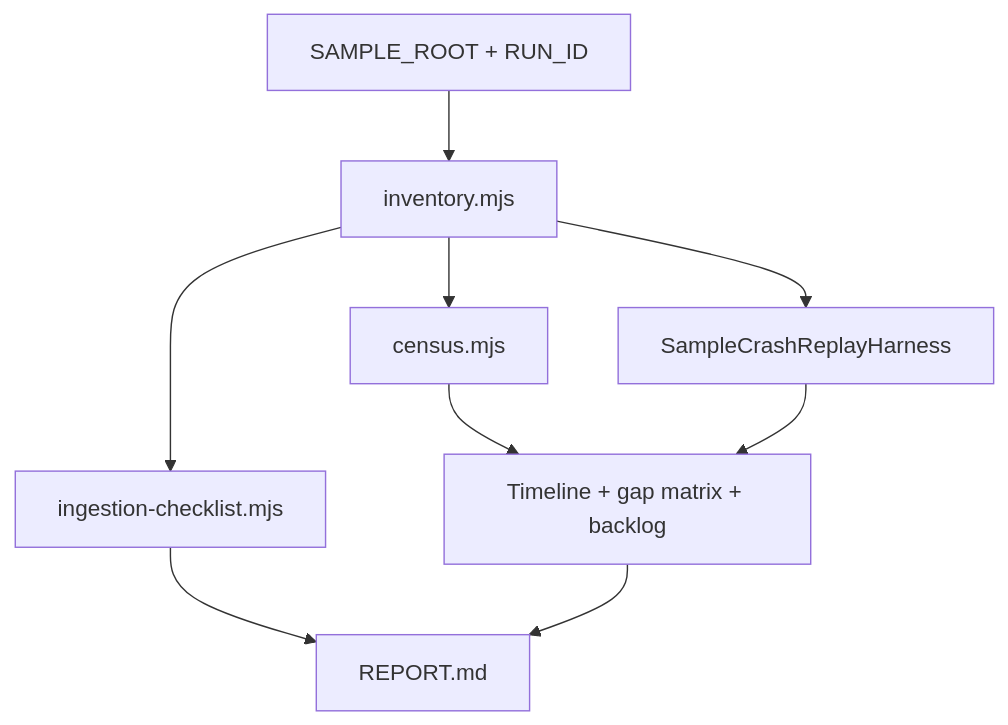
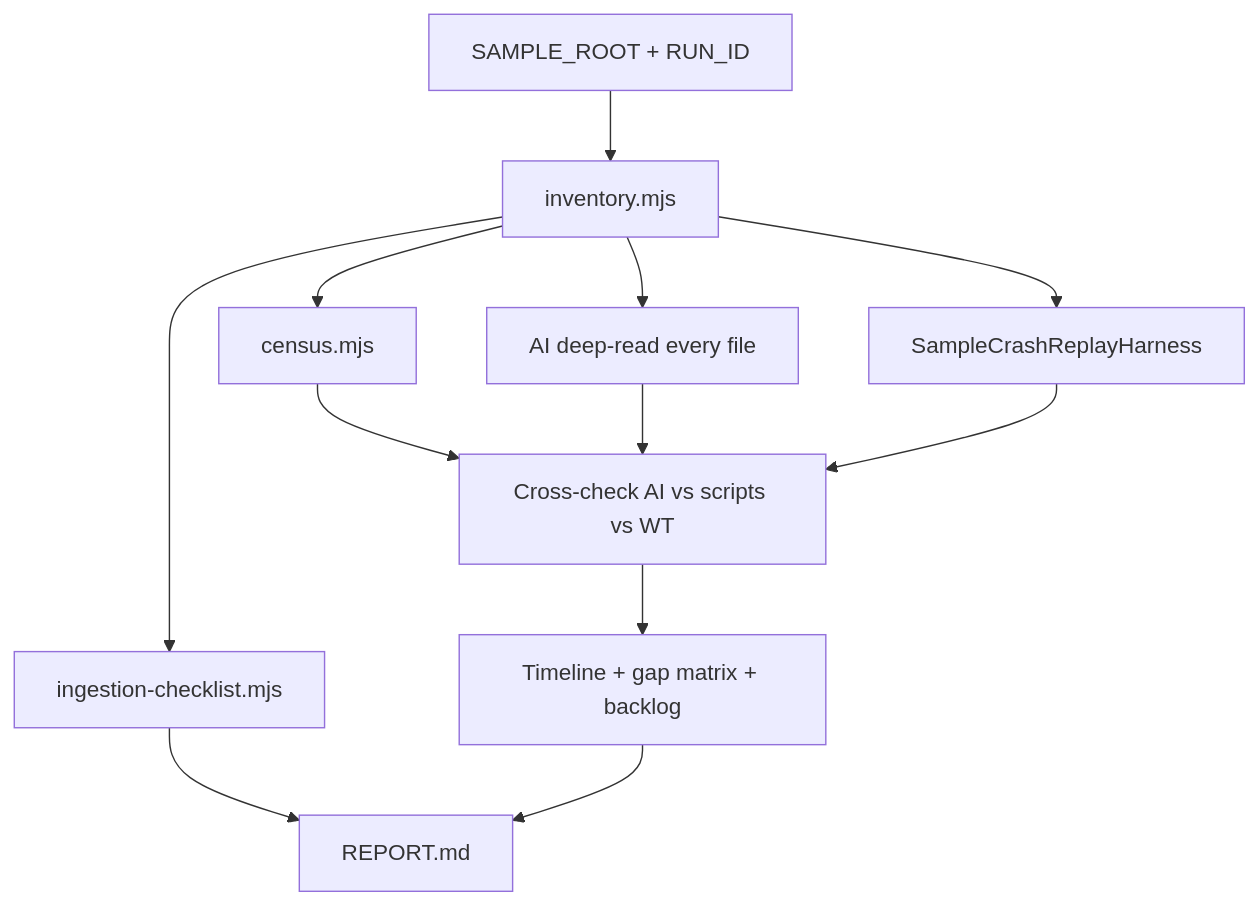
Before and after one commit to djinnbanter/WatchTower: the diagram in docs/superpowers/plans/2026-08-02-log-sample-gap-research.md, drawn with Mermaid. The commit also changed other lines of this file and 2 other files, not shown here.

First line of the commit message:
docs: require AI forensic deep-read and triangulation in sample-gap playbook

````diff
--- a/docs/superpowers/plans/2026-08-02-log-sample-gap-research.md
+++ b/docs/superpowers/plans/2026-08-02-log-sample-gap-research.md
@@ -60,18 +66,23 @@
 ```mermaid
 flowchart TD
   inputs[SAMPLE_ROOT + RUN_ID]
   inv[inventory.mjs]
   cen[census.mjs]
   ing[ingestion-checklist.mjs]
   java[SampleCrashReplayHarness]
+  deep[AI deep-read every file]
+  xcheck[Cross-check AI vs scripts vs WT]
   human[Timeline + gap matrix + backlog]
   report[REPORT.md]
 
   inputs --> inv --> cen
   inv --> ing
   inv --> java
-  cen --> human
-  java --> human
+  inv --> deep
+  cen --> xcheck
+  deep --> xcheck
+  java --> xcheck
+  xcheck --> human
   ing --> report
   human --> report
 ```
````
